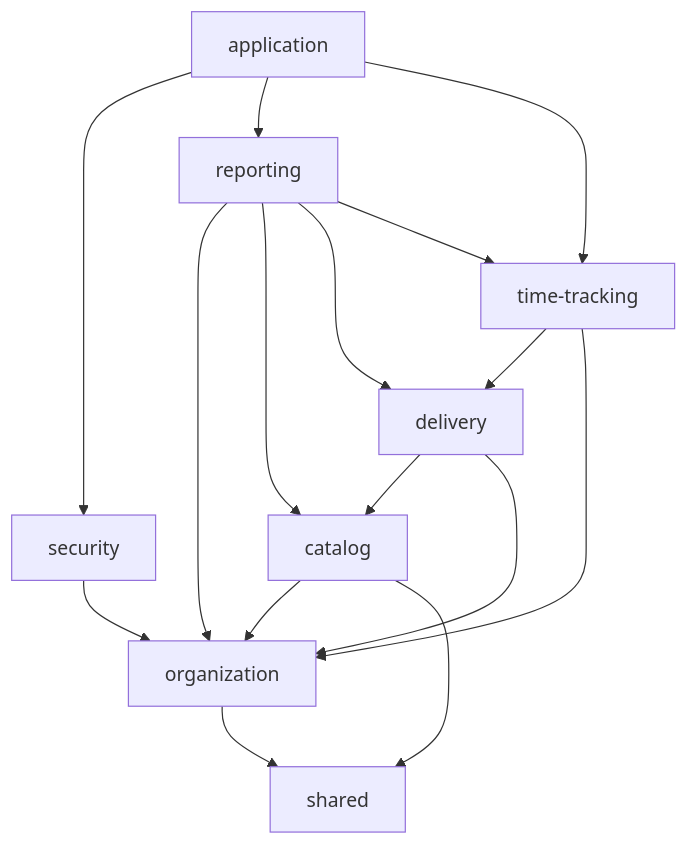
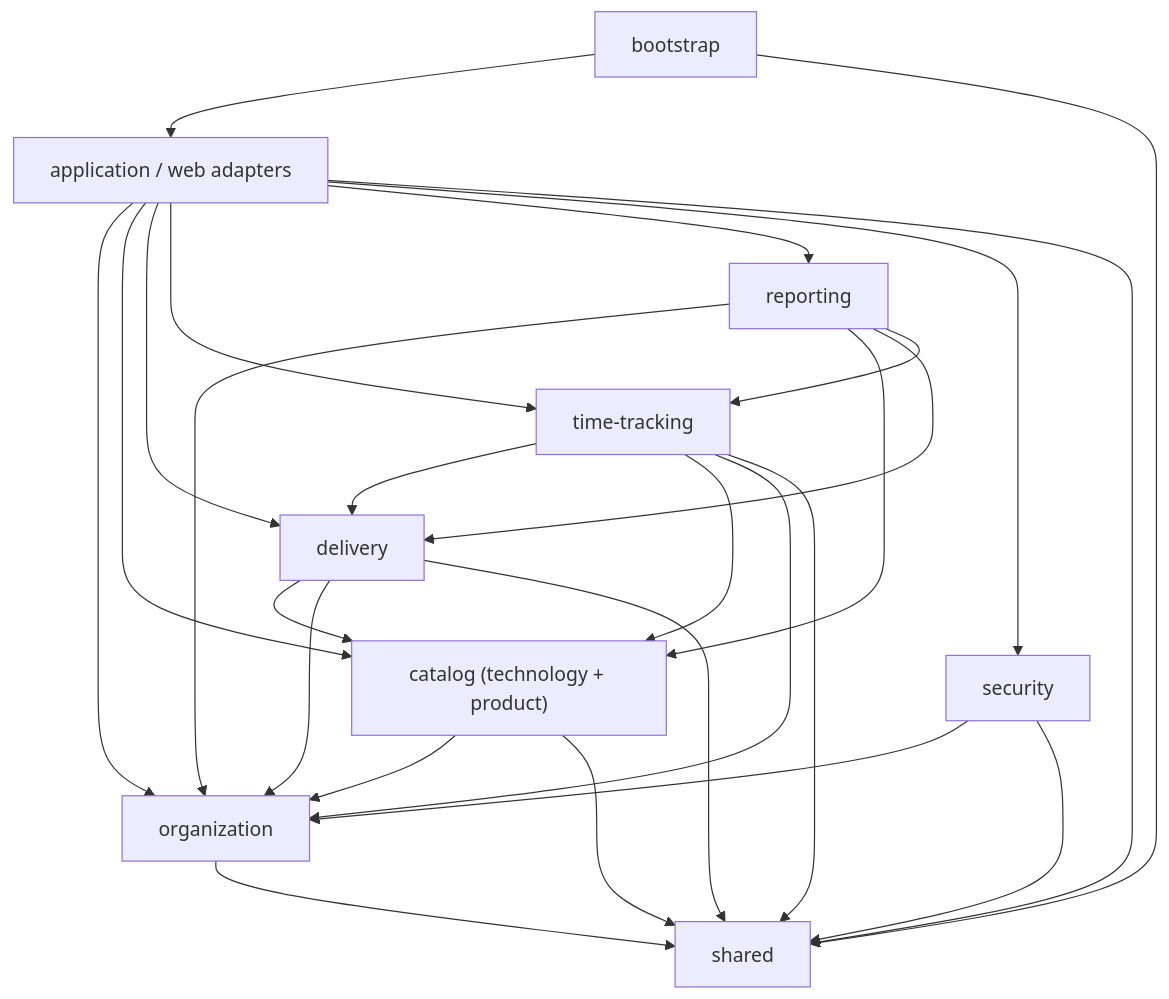
One commit to antonio-arinno/canopus changed the fourth of 4 diagrams in ARQUITECTURA_OBJETIVO_BACKEND.md. Above: the diagram before and after it, drawn with Mermaid. The commit also changed other lines of this file and 196 other files, not shown here.

````diff
--- a/ARQUITECTURA_OBJETIVO_BACKEND.md
+++ b/ARQUITECTURA_OBJETIVO_BACKEND.md
@@ -221,27 +234,38 @@
 ```mermaid
 graph TD
     sharedM[shared]
     organizationM[organization]
-    catalogM[catalog]
+    catalogM["catalog (technology + product)"]
     deliveryM[delivery]
     timeM[time-tracking]
     reportingM[reporting]
     securityM[security]
-    appM[application]
+    webM["application / web adapters"]
+    appM[bootstrap]
 
     organizationM --> sharedM
     catalogM --> organizationM
     catalogM --> sharedM
     deliveryM --> catalogM
     deliveryM --> organizationM
+    deliveryM --> sharedM
     timeM --> deliveryM
+    timeM --> catalogM
     timeM --> organizationM
+    timeM --> sharedM
     reportingM --> organizationM
     reportingM --> catalogM
     reportingM --> deliveryM
     reportingM --> timeM
     securityM --> organizationM
-    appM --> securityM
-    appM --> reportingM
-    appM --> timeM
+    securityM --> sharedM
+    webM --> organizationM
+    webM --> catalogM
+    webM --> deliveryM
+    webM --> timeM
+    webM --> reportingM
+    webM --> securityM
+    webM --> sharedM
+    appM --> webM
+    appM --> sharedM
 ```
````
